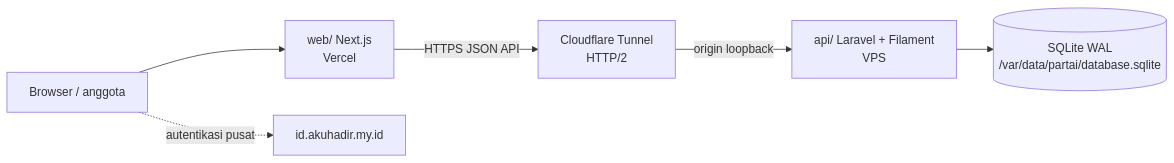
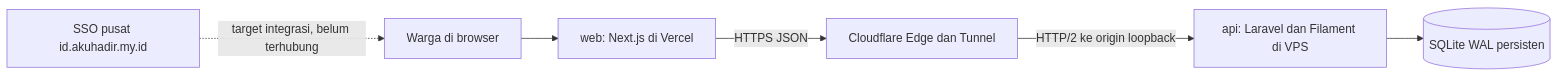
One commit to bagusgrav/partai changed the diagram in README.md. Above: the diagram before and after it, drawn with Mermaid. The commit also changed other lines of this file and 1 other file, not shown here.

Commit message:
docs: audit README and architecture blueprint

````diff
--- a/README.md
+++ b/README.md
@@ -82,8 +56,8 @@
 ```mermaid
 flowchart LR
-    U[Browser / anggota] --> W[web/ Next.js<br/>Vercel]
-    W -->|HTTPS JSON API| CF[Cloudflare Tunnel<br/>HTTP/2]
-    CF -->|origin loopback| API[api/ Laravel + Filament<br/>VPS]
-    API --> DB[(SQLite WAL<br/>/var/data/partai/database.sqlite)]
-    U -. autentikasi pusat .-> SSO[id.akuhadir.my.id]
+    U[Warga di browser] --> W[web: Next.js di Vercel]
+    W -->|HTTPS JSON| C[Cloudflare Edge dan Tunnel]
+    C -->|HTTP/2 ke origin loopback| A[api: Laravel dan Filament di VPS]
+    A --> D[(SQLite WAL persisten)]
+    I[SSO pusat id.akuhadir.my.id] -. target integrasi, belum terhubung .-> U
 ```
````
